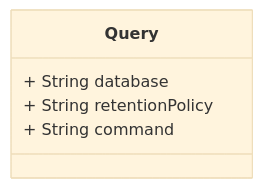
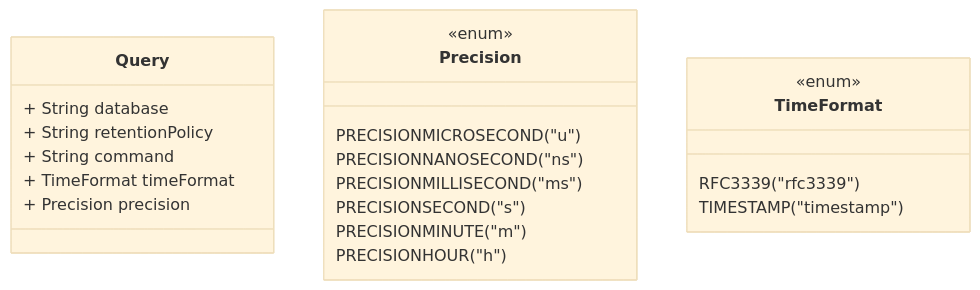
One commit to openGemini/openGemini.github.io changed the fourth of 9 diagrams in src/guide/develop/client_design.md. Above: the diagram before and after it, drawn with Mermaid (base theme).

Commit message:
docs: design time format param for query

````diff
--- a/src/guide/develop/client_design.md
+++ b/src/guide/develop/client_design.md
@@ -203,8 +203,24 @@
 ```mermaid
 classDiagram
     class Query {
         + String database
         + String retentionPolicy
         + String command
+        + TimeFormat timeFormat
+        + Precision precision
+    }
+    class Precision {
+        <<enum>>
+        PRECISIONMICROSECOND("u")
+        PRECISIONNANOSECOND("ns")
+        PRECISIONMILLISECOND("ms")
+        PRECISIONSECOND("s")
+        PRECISIONMINUTE("m")
+        PRECISIONHOUR("h")
+    }
+    class TimeFormat {
+        <<enum>>
+        RFC3339("rfc3339")
+        TIMESTAMP("timestamp")
     }
 ```
````
